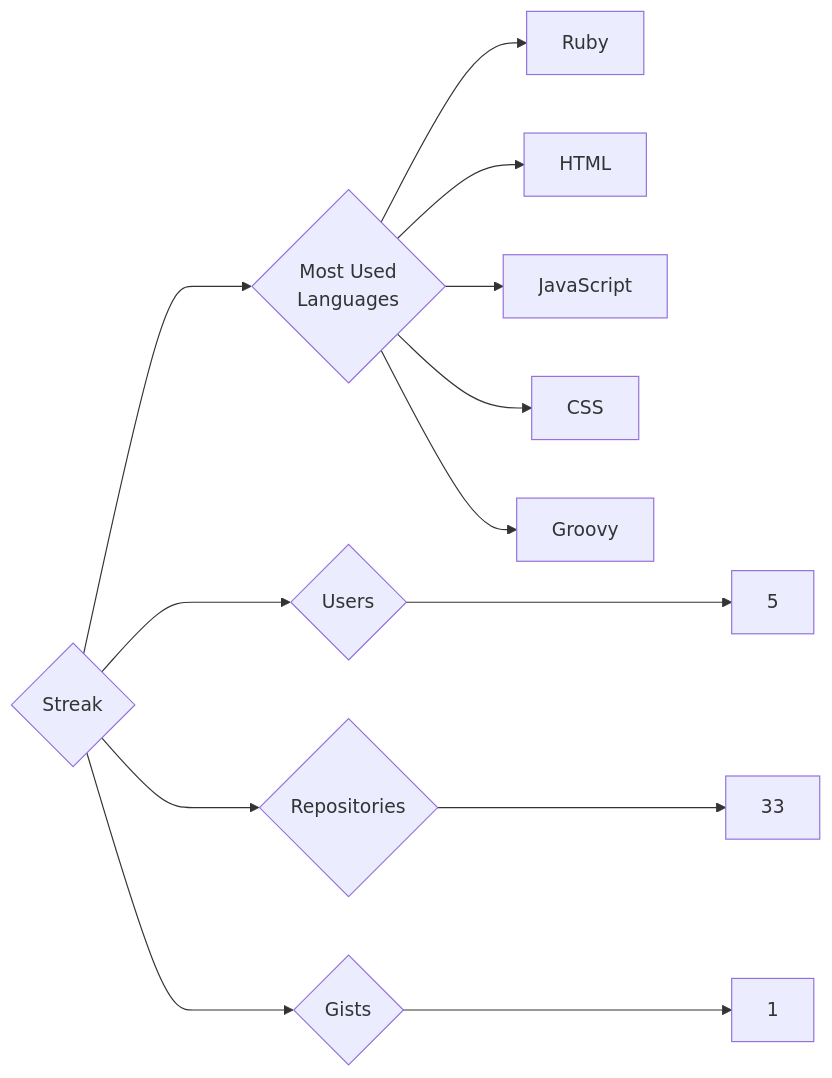
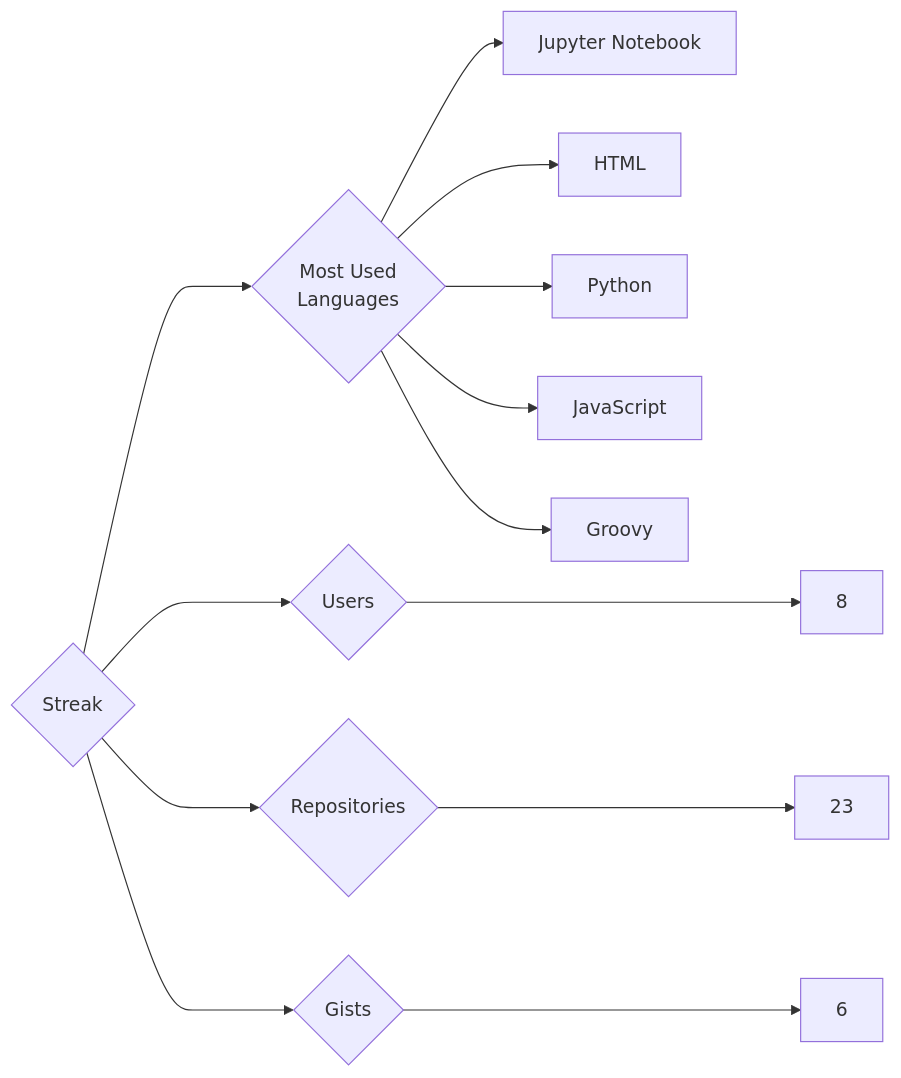
Before and after one commit to trickest/insiders: the diagram in targets/Streak/README.md, drawn with Mermaid. The commit also changed 955 other files, not shown here.

````diff
--- a/targets/Streak/README.md
+++ b/targets/Streak/README.md
@@ -3,13 +3,13 @@
 ```mermaid
 graph LR
 COMPANY_NAME{Streak}
-COMPANY_NAME ---> U{Users} ---> UN[5]
-COMPANY_NAME ---> R{Repositories} ---> RN[33]
-COMPANY_NAME ---> G{Gists} ---> GN[1]
+COMPANY_NAME ---> U{Users} ---> UN[8]
+COMPANY_NAME ---> R{Repositories} ---> RN[23]
+COMPANY_NAME ---> G{Gists} ---> GN[6]
 COMPANY_NAME ---> ML{Most Used<br>Languages}
-ML --> Ruby[Ruby]
+ML --> Jupyter_Notebook[Jupyter Notebook]
 ML --> HTML[HTML]
+ML --> Python[Python]
 ML --> JavaScript[JavaScript]
-ML --> CSS[CSS]
 ML --> Groovy[Groovy]
 ```
````
